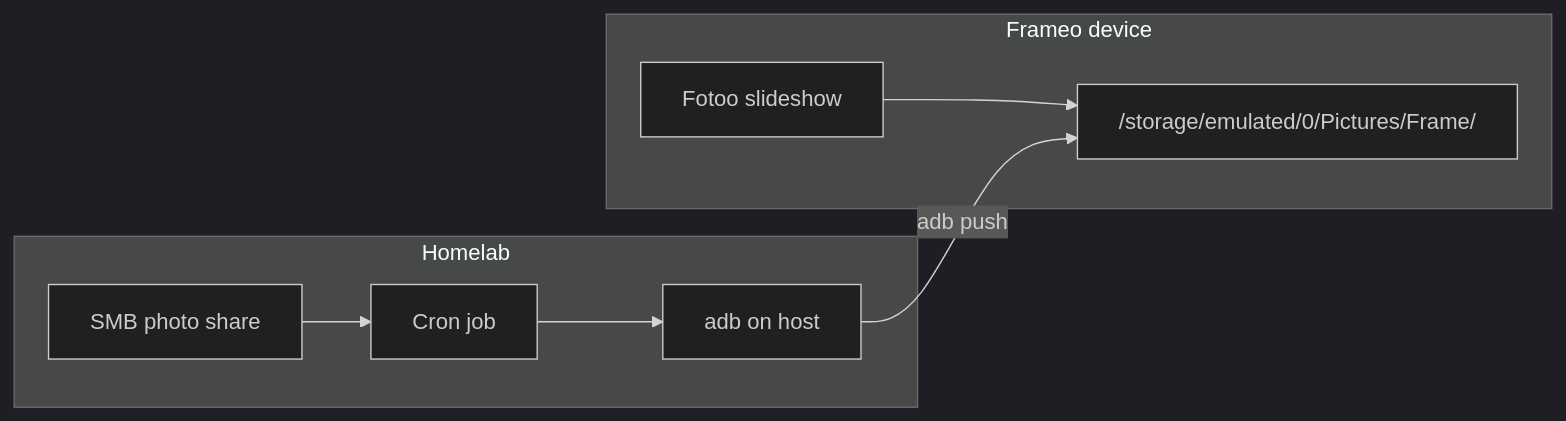
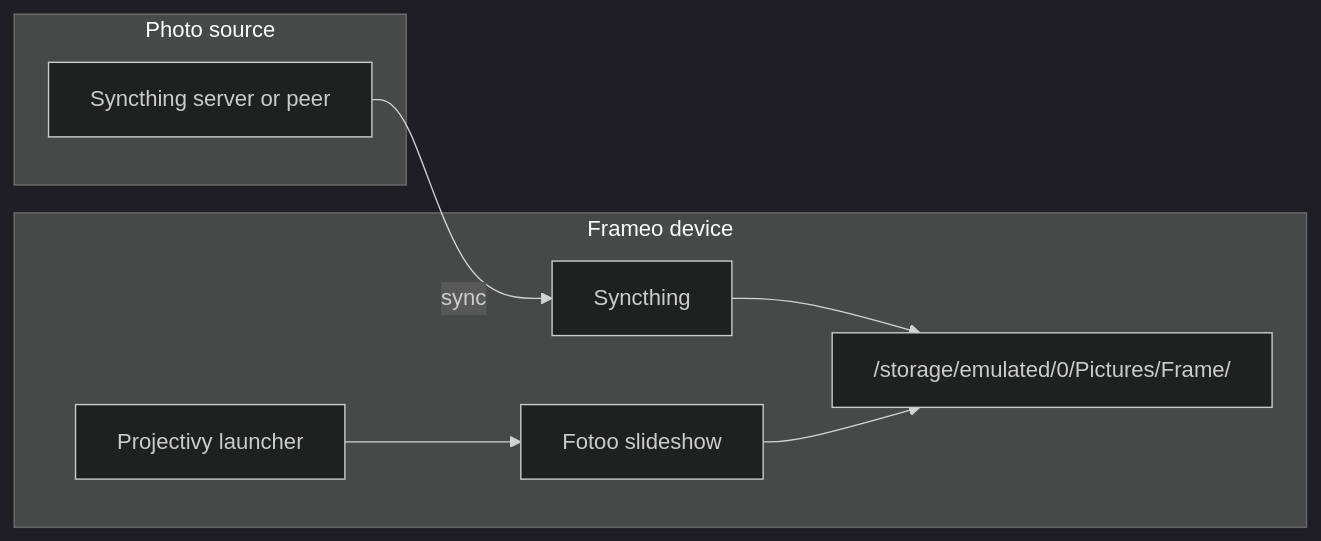
The diagram in README.md (orenmazor/frame), drawn with Mermaid (dark theme) before and after one commit. The commit also changed other lines of this file and 2 other files, not shown here.

````diff
--- a/README.md
+++ b/README.md
@@ -13,16 +15,16 @@
 ```mermaid
 flowchart LR
-  subgraph homelab [Homelab]
-    SMB[SMB photo share]
-    Cron[Cron job]
-    Host[adb on host]
-    SMB --> Cron
-    Cron --> Host
+  subgraph source [Photo source]
+    Server[Syncthing server or peer]
   end
   subgraph frame [Frameo device]
+    ST[Syncthing]
+    Pics["/storage/emulated/0/Pictures/Frame/"]
     Fotoo[Fotoo slideshow]
-    Pics["/storage/emulated/0/Pictures/Frame/"]
+    PI[Projectivy launcher]
+    ST --> Pics
     Fotoo --> Pics
+    PI --> Fotoo
   end
-  Host -->|adb push| Pics
+  Server -->|sync| ST
 ```
````
